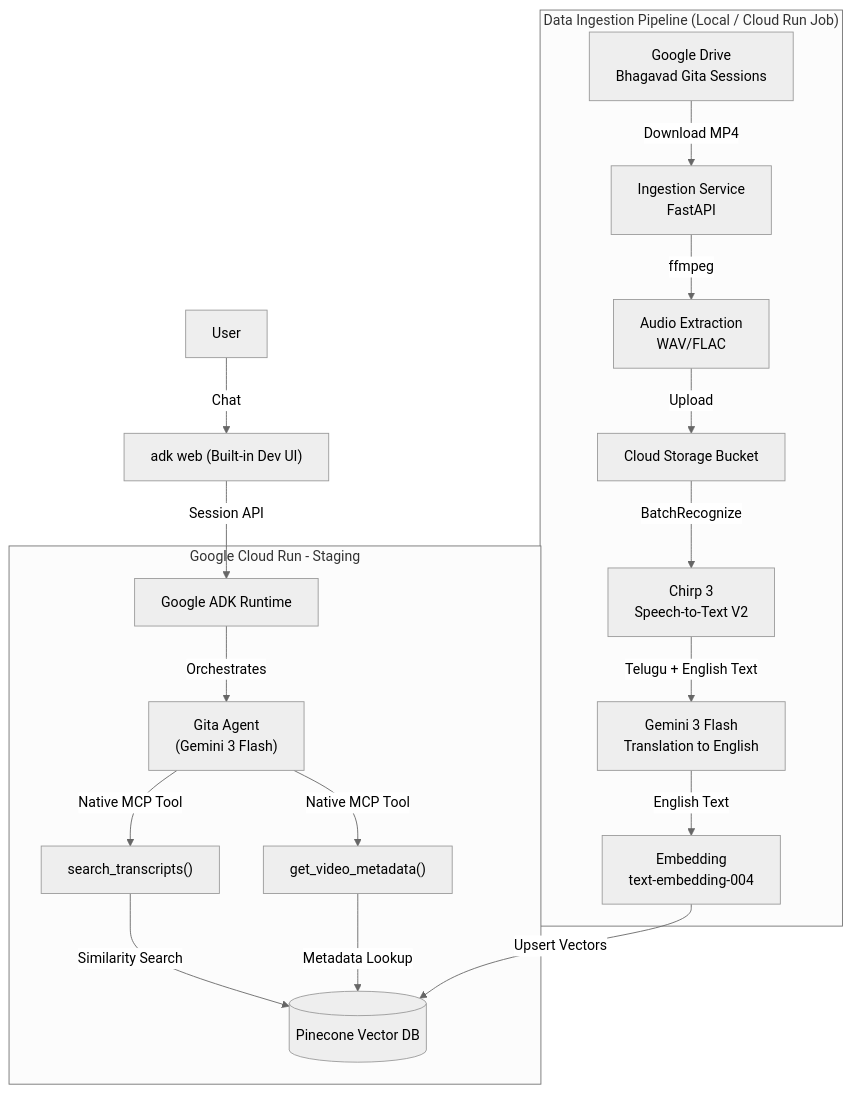
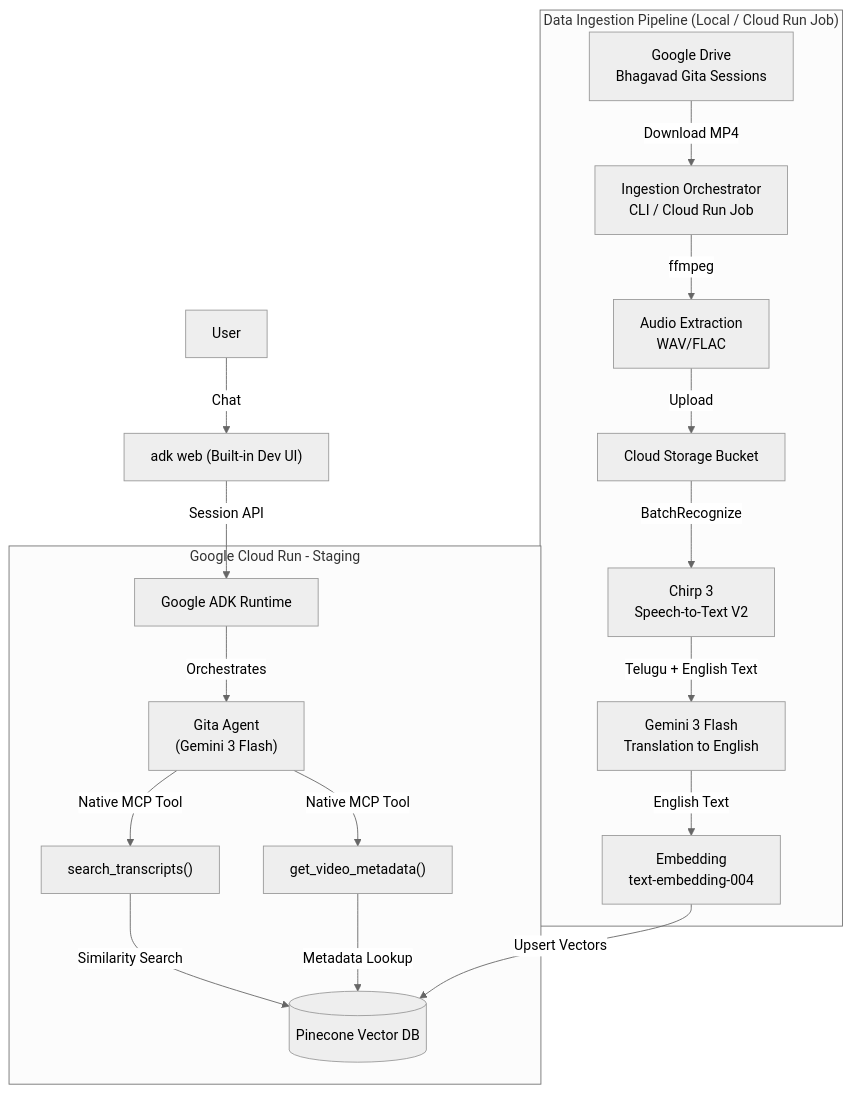
One commit to udayauma/gita-agent changed the first of 4 diagrams in docs/detailed_technical_design.md. Above: the diagram before and after it, drawn with Mermaid (neutral theme). The commit also changed other lines of this file and 2 other files, not shown here.

First line of the commit message:
Pivot Phase 4.6 ingestion from FastAPI service to Cloud Run Job + CLI

````diff
--- a/docs/detailed_technical_design.md
+++ b/docs/detailed_technical_design.md
@@ -13,23 +13,23 @@
 ```mermaid
 graph TD
     User[User] -->|Chat| ADKWEB["adk web (Built-in Dev UI)"]
     ADKWEB -->|Session API| Runtime[Google ADK Runtime]
 
     subgraph "Google Cloud Run - Staging"
         Runtime -->|Orchestrates| Agent["Gita Agent<br/>(Gemini 3 Flash)"]
         Agent -->|Native MCP Tool| MCPTool["search_transcripts()"]
         Agent -->|Native MCP Tool| MCPMeta["get_video_metadata()"]
         MCPTool -->|Similarity Search| VDB[(Pinecone Vector DB)]
         MCPMeta -->|Metadata Lookup| VDB
     end
 
     subgraph "Data Ingestion Pipeline (Local / Cloud Run Job)"
-        Drive[Google Drive<br/>Bhagavad Gita Sessions] -->|Download MP4| Ingest[Ingestion Service<br/>FastAPI]
+        Drive[Google Drive<br/>Bhagavad Gita Sessions] -->|Download MP4| Ingest[Ingestion Orchestrator<br/>CLI / Cloud Run Job]
         Ingest -->|ffmpeg| Audio[Audio Extraction<br/>WAV/FLAC]
         Audio -->|Upload| GCS[Cloud Storage Bucket]
         GCS -->|BatchRecognize| STT[Chirp 3<br/>Speech-to-Text V2]
         STT -->|Telugu + English Text| Trans[Gemini 3 Flash<br/>Translation to English]
         Trans -->|English Text| Embed[Embedding<br/>text-embedding-004]
         Embed -->|Upsert Vectors| VDB
     end
 ```
````
